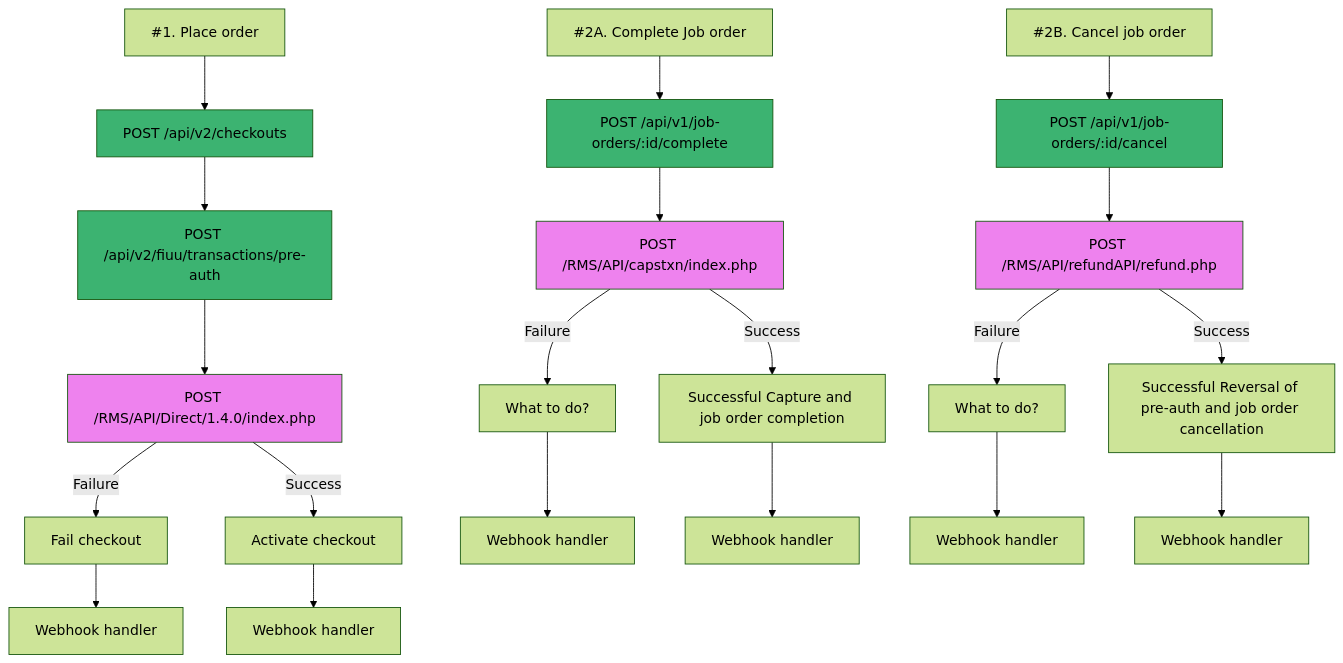
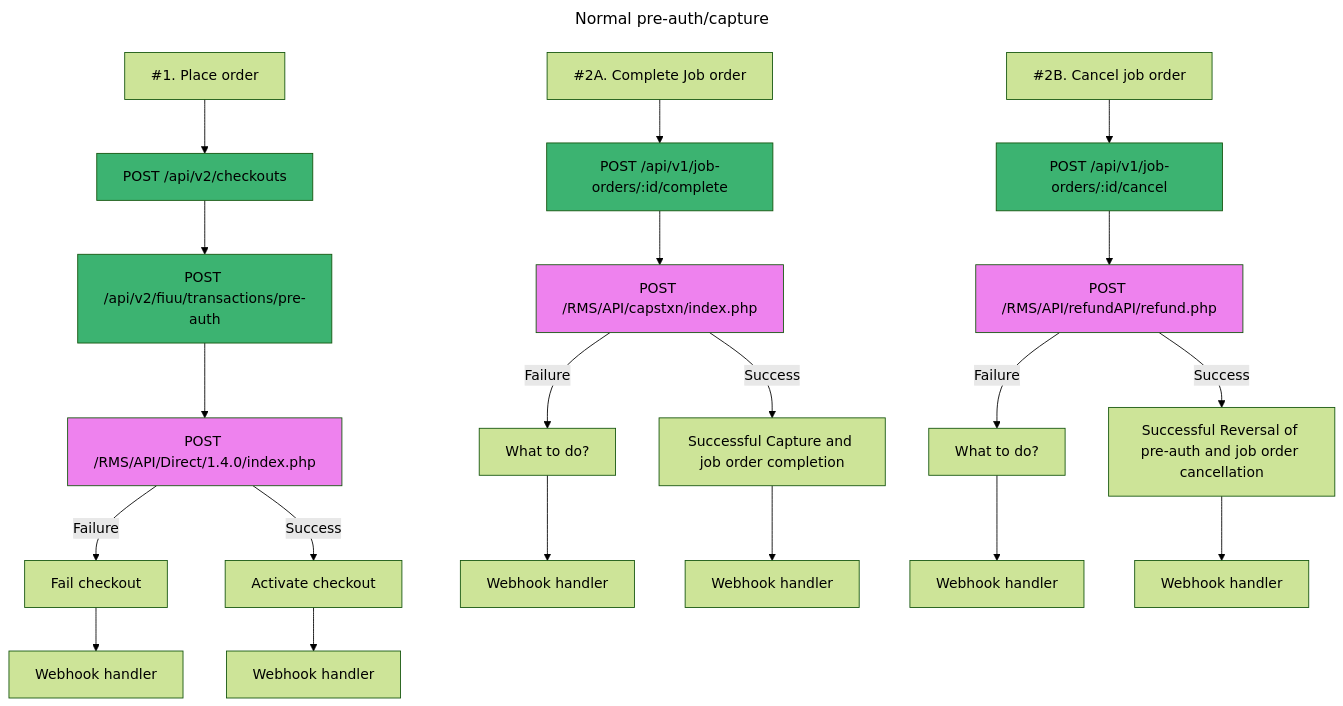
Before and after one commit to israelcoper/mermaid-diagram: the first of 3 diagrams in fiuu-preauth-capture-v2.md, drawn with Mermaid (forest theme). The commit also changed other lines of this file, not shown here.

````diff
--- a/fiuu-preauth-capture-v2.md
+++ b/fiuu-preauth-capture-v2.md
@@ -2,37 +2,37 @@
 ```mermaid
 ---
-title:
+title: Normal pre-auth/capture
 ---
 flowchart TB;
     style B1 fill:#3cb371
     style C1 fill:#3cb371
     style D1 fill:#ee82ee
 
     style B2 fill:#3cb371
     style C2 fill:#ee82ee
 
     style B3 fill:#3cb371
     style C3 fill:#ee82ee
 
     A1["#1. Place order"]-->B1[POST /api/v2/checkouts];
     B1-->C1[POST /api/v2/fiuu/transactions/pre-auth];
     C1-->D1[POST /RMS/API/Direct/1.4.0/index.php];
     D1--Failure-->D11[Fail checkout];
     D1--Success-->D12[Activate checkout];
     D11-->D111[Webhook handler];
     D12-->D121[Webhook handler];
 
     A2["#2A. Complete Job order"]-->B2[POST /api/v1/job-orders/:id/complete];
     B2-->C2[POST /RMS/API/capstxn/index.php];
     C2--Failure-->D2[What to do?];
     C2--Success-->E2[Successful Capture and job order completion];
     D2-->D21[Webhook handler];
     E2-->E21[Webhook handler];
 
     A3["#2B. Cancel job order"]-->B3[POST /api/v1/job-orders/:id/cancel];
     B3-->C3[POST /RMS/API/refundAPI/refund.php];
     C3--Failure-->D3[What to do?];
     C3--Success-->E3[Successful Reversal of pre-auth and job order cancellation];
     D3-->D31[Webhook handler];
     E3-->E31[Webhook handler];
 ```
````
